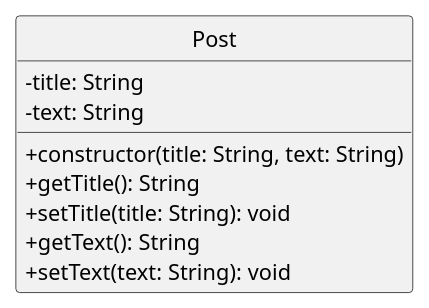
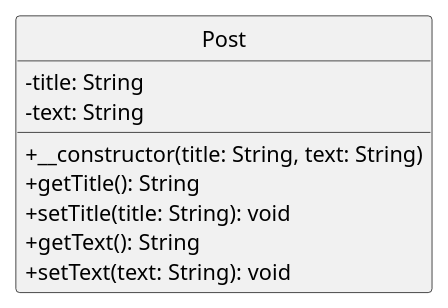
The diagram in core/object/assets/object-post-visibility.pu (ifpb/php-guide), drawn with PlantUML before and after one commit. The commit also changed 14 other files, not shown here.

Commit message:
ajustando uml do oo

```diff
--- a/core/object/assets/object-post-visibility.pu
+++ b/core/object/assets/object-post-visibility.pu
@@ -1,15 +1,15 @@
 @startuml
 skinparam classAttributeIconSize 0
 skinparam monochrome true
 hide circle
 
 class Post {
   -title: String
   -text: String
-  +constructor(title: String, text: String)
+  +__constructor(title: String, text: String)
   +getTitle(): String
   +setTitle(title: String): void
   +getText(): String
   +setText(text: String): void
 }
 @enduml
```
